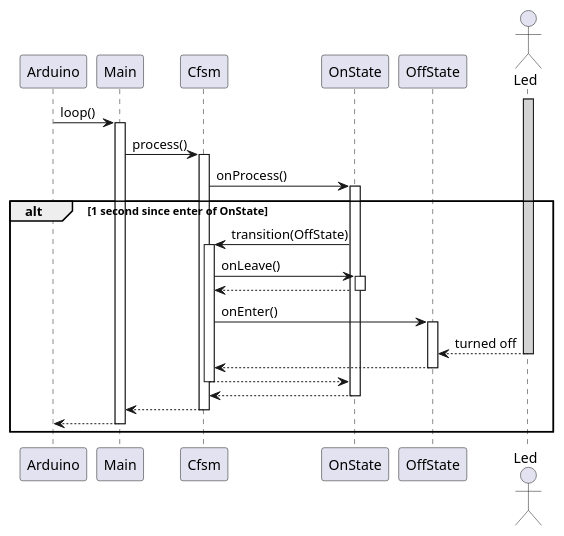
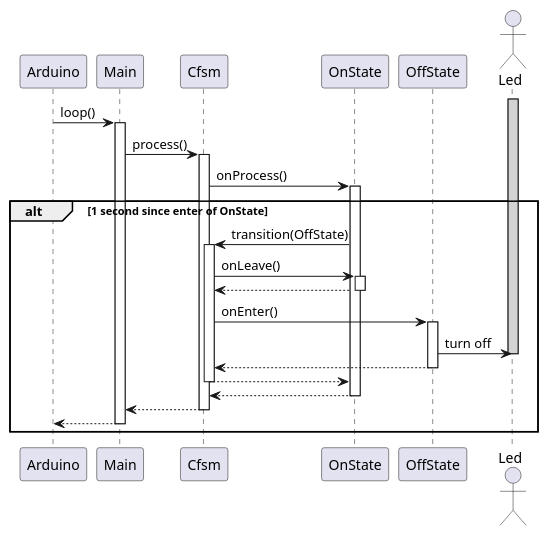
The diagram in examples/UnoBlink/doc/BlinkOnToOff.puml (nhjschulz/cfsm), drawn with PlantUML before and after one commit. The commit also changed 35 other files, not shown here.

```diff
--- a/examples/UnoBlink/doc/BlinkOnToOff.puml
+++ b/examples/UnoBlink/doc/BlinkOnToOff.puml
@@ -1,26 +1,41 @@
-@startuml CFSM stateAlias1 --> stateAlias2 : messageOrCond2 <<stereotype1>>
-autoactivate on
+@startuml CFSM state LED off
+
 
 participant Arduino
 participant Main
 participant Cfsm
 participant OnState
 participant OffState
 Actor Led
+
 activate Led #LightGray
 Arduino -> Main : loop()
+activate Main
 Main -> Cfsm : process()
+activate Cfsm
 Cfsm -> OnState : onProcess()
+activate OnState
 alt 1 second since enter of OnState
     OnState -> Cfsm: transition(OffState)
+    activate Cfsm
     Cfsm -> OnState: onLeave()
+    activate OnState
     Cfsm <-- OnState
+    deactivate OnState
     Cfsm -> OffState : onEnter()
-    OffState <-- Led : turned off
+    activate OffState
+    OffState -> Led : turn off
+    deactivate Led
     Cfsm <-- OffState
+    deactivate OffState
     Cfsm --> OnState
+    deactivate Cfsm
     Cfsm <-- OnState
+    deactivate OnState
     Main <-- Cfsm
+    deactivate Cfsm
     Arduino <-- Main
+    deactivate Main
 end
+
 @enduml
```
